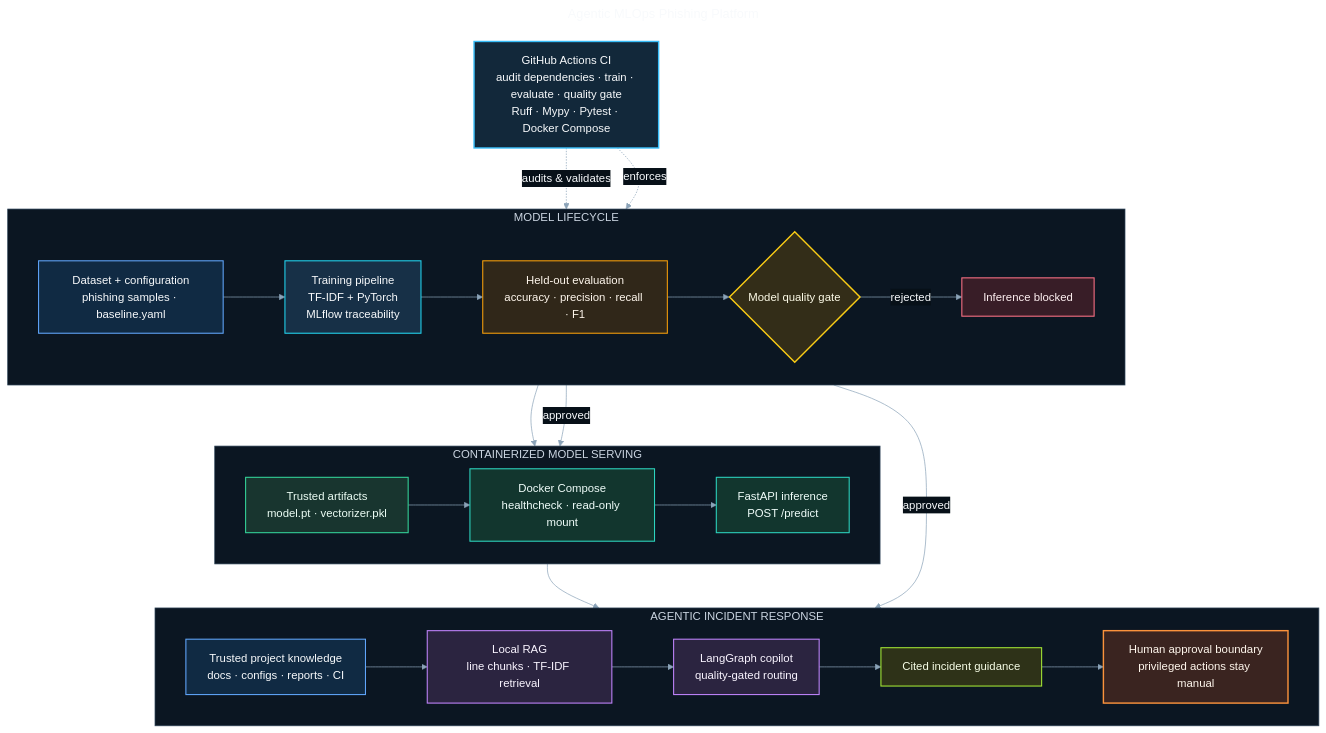
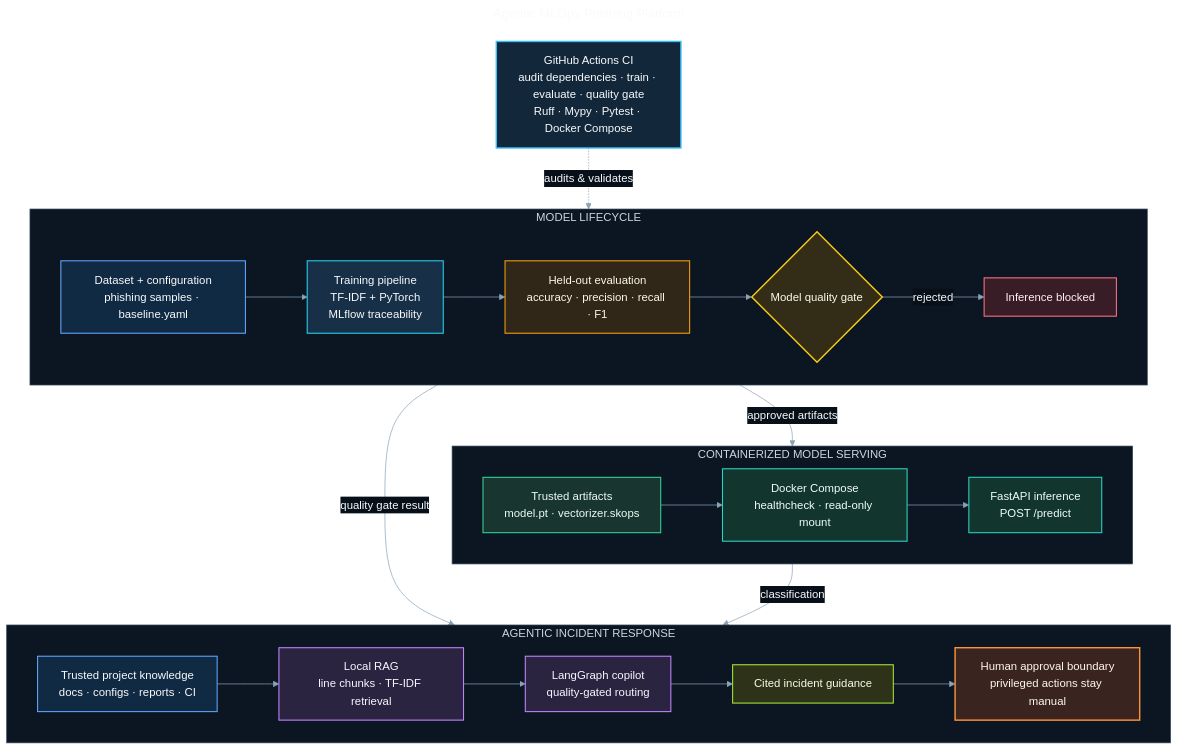
The diagram in docs/assets/portfolio/platform-architecture.mmd (dmarinhoDKR/agentic-mlops-phishing-platform), drawn with Mermaid before and after one commit. The commit also changed 9 other files, not shown here.

Commit message:
Replace pickle vectorizer with skops serialization

```diff
--- a/docs/assets/portfolio/platform-architecture.mmd
+++ b/docs/assets/portfolio/platform-architecture.mmd
@@ -1,62 +1,59 @@
 ---
 title: Agentic MLOps Phishing Platform
 ---
 %%{init: {"theme": "base", "themeVariables": {"background": "#071018", "primaryTextColor": "#f8fafc", "lineColor": "#8ba3b8", "fontFamily": "Inter, Segoe UI, Arial, sans-serif", "clusterBkg": "#0b1622", "clusterBorder": "#31475b", "edgeLabelBackground": "#071018"}, "flowchart": {"curve": "basis", "nodeSpacing": 44, "rankSpacing": 62}}}%%
 flowchart TB
     CI["GitHub Actions CI<br/>audit dependencies · train · evaluate · quality gate<br/>Ruff · Mypy · Pytest · Docker Compose"]:::ci
 
     subgraph MODEL["MODEL LIFECYCLE"]
         direction LR
         INPUTS["Dataset + configuration<br/>phishing samples · baseline.yaml"]:::data
         TRAIN["Training pipeline<br/>TF-IDF + PyTorch<br/>MLflow traceability"]:::process
         EVAL["Held-out evaluation<br/>accuracy · precision · recall · F1"]:::observe
         GATE{"Model quality gate"}:::gate
         BLOCK["Inference blocked"]:::blocked
 
         INPUTS --> TRAIN --> EVAL --> GATE
         GATE -->|"rejected"| BLOCK
     end
 
     subgraph SERVING["CONTAINERIZED MODEL SERVING"]
         direction LR
-        ARTIFACTS["Trusted artifacts<br/>model.pt · vectorizer.pkl"]:::artifact
+        ARTIFACTS["Trusted artifacts<br/>model.pt · vectorizer.skops"]:::artifact
         DOCKER["Docker Compose<br/>healthcheck · read-only mount"]:::runtime
         API["FastAPI inference<br/>POST /predict"]:::runtime
 
         ARTIFACTS --> DOCKER --> API
     end
 
     subgraph COPILOT["AGENTIC INCIDENT RESPONSE"]
         direction LR
         KNOWLEDGE["Trusted project knowledge<br/>docs · configs · reports · CI"]:::data
         RAG["Local RAG<br/>line chunks · TF-IDF retrieval"]:::agent
         GRAPH["LangGraph copilot<br/>quality-gated routing"]:::agent
         GUIDANCE["Cited incident guidance"]:::output
         HUMAN["Human approval boundary<br/>privileged actions stay manual"]:::human
 
         KNOWLEDGE --> RAG --> GRAPH --> GUIDANCE --> HUMAN
     end
 
-    TRAIN --> ARTIFACTS
-    GATE -->|"approved"| DOCKER
-    ARTIFACTS --> GRAPH
-    GATE -->|"approved"| GRAPH
-
-    CI -. "audits & validates" .-> TRAIN
-    CI -. "enforces" .-> GATE
+    CI -. "audits & validates" .-> MODEL
+    MODEL -->|"approved artifacts"| SERVING
+    MODEL -->|"quality gate result"| COPILOT
+    SERVING -->|"classification"| COPILOT
 
     classDef ci fill:#12283a,stroke:#38bdf8,color:#f8fafc,stroke-width:2px;
     classDef data fill:#102a43,stroke:#60a5fa,color:#f8fafc,stroke-width:1.5px;
     classDef process fill:#173047,stroke:#22d3ee,color:#f8fafc,stroke-width:1.5px;
     classDef observe fill:#302719,stroke:#f59e0b,color:#fff7ed,stroke-width:1.5px;
     classDef artifact fill:#18352f,stroke:#34d399,color:#ecfdf5,stroke-width:1.5px;
     classDef gate fill:#332d18,stroke:#facc15,color:#fefce8,stroke-width:2px;
     classDef blocked fill:#381d27,stroke:#fb7185,color:#fff1f2,stroke-width:1.5px;
     classDef runtime fill:#12362e,stroke:#2dd4bf,color:#f0fdfa,stroke-width:1.5px;
     classDef agent fill:#2b2440,stroke:#c084fc,color:#faf5ff,stroke-width:1.5px;
     classDef output fill:#2e3218,stroke:#a3e635,color:#f7fee7,stroke-width:1.5px;
     classDef human fill:#3a2420,stroke:#fb923c,color:#fff7ed,stroke-width:2px;
 
     style MODEL fill:#0b1622,stroke:#31475b,stroke-width:1px,color:#cbd5e1
     style SERVING fill:#0b1622,stroke:#31475b,stroke-width:1px,color:#cbd5e1
     style COPILOT fill:#0b1622,stroke:#31475b,stroke-width:1px,color:#cbd5e1
```
